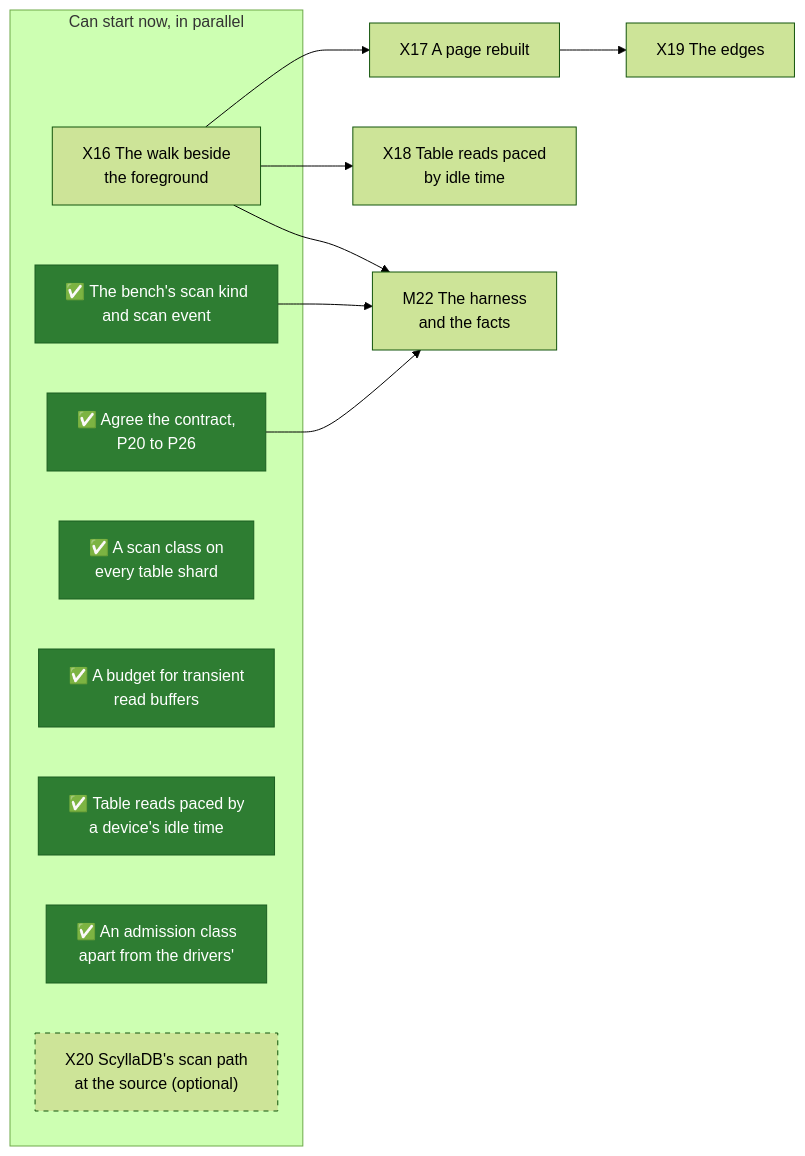
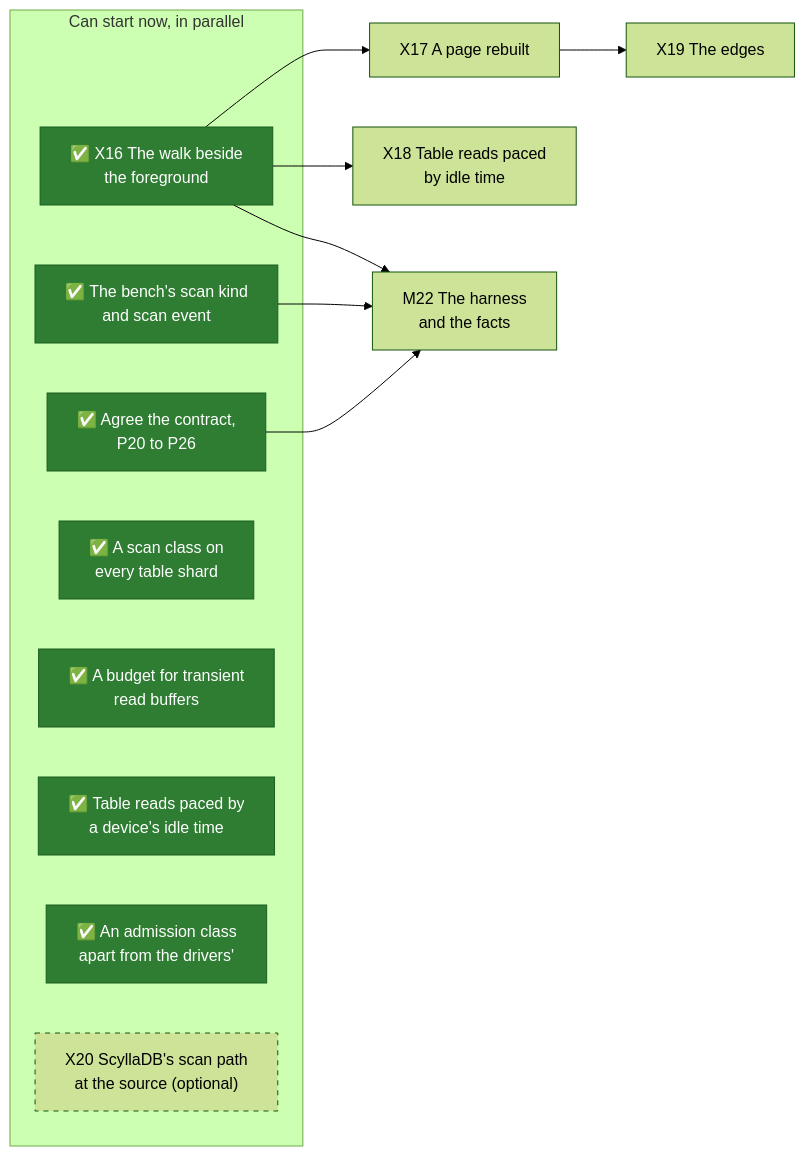
Before and after one commit to mjcarson/shoal: the first of 2 diagrams in docs/src/future-work/scans/whats-left-todo.md, drawn with Mermaid (forest theme). The commit also changed other lines of this file and 52 other files, not shown here.

````diff
--- a/docs/src/future-work/scans/whats-left-todo.md
+++ b/docs/src/future-work/scans/whats-left-todo.md
@@ -31,25 +32,25 @@
 ```mermaid
 flowchart LR
     classDef done fill:#2e7d32,stroke:#1b5e20,color:#ffffff
     classDef optional stroke-dasharray: 5 5
     subgraph now["Can start now, in parallel"]
         Contract["✅ Agree the contract,<br>P20 to P26"]:::done
-        X16["X16 The walk beside<br>the foreground"]
+        X16["✅ X16 The walk beside<br>the foreground"]:::done
         Bench["✅ The bench's scan kind<br>and scan event"]:::done
         Class["✅ A scan class on<br>every table shard"]:::done
         Budget["✅ A budget for transient<br>read buffers"]:::done
         Pace["✅ Table reads paced by<br>a device's idle time"]:::done
         Admit["✅ An admission class<br>apart from the drivers'"]:::done
         X20["X20 ScyllaDB's scan path<br>at the source (optional)"]:::optional
     end
     X17["X17 A page rebuilt"]
     X18["X18 Table reads paced<br>by idle time"]
     X19["X19 The edges"]
     M22["M22 The harness<br>and the facts"]
     X16 --> X17
     X16 --> X18
     X17 --> X19
     Contract --> M22
     Bench --> M22
     X16 --> M22
 ```
````
